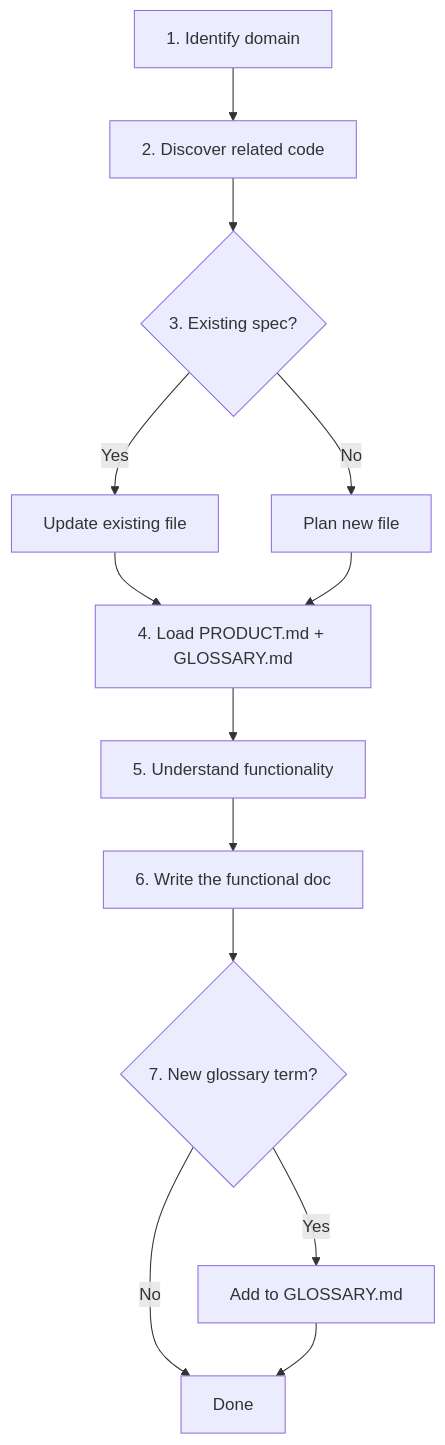
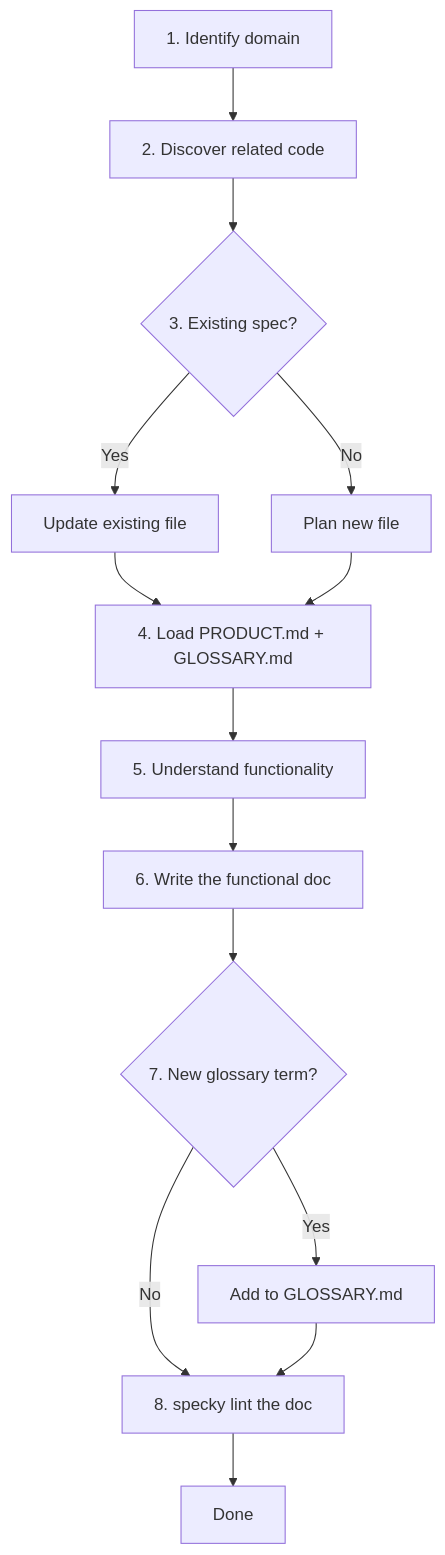
Before and after one commit to danyyacoub/specky: the diagram in specs/documentation/domain-documentation-workflow.md, drawn with Mermaid. The commit also changed other lines of this file and 27 other files, not shown here.

````diff
--- a/specs/documentation/domain-documentation-workflow.md
+++ b/specs/documentation/domain-documentation-workflow.md
@@ -21,15 +25,16 @@
 ```mermaid
 flowchart TD
     A[1. Identify domain] --> B[2. Discover related code]
     B --> C{3. Existing spec?}
     C -->|Yes| D[Update existing file]
     C -->|No| E[Plan new file]
     D --> F[4. Load PRODUCT.md + GLOSSARY.md]
     E --> F
     F --> G[5. Understand functionality]
     G --> H[6. Write the functional doc]
     H --> I{7. New glossary term?}
     I -->|Yes| J[Add to GLOSSARY.md]
-    I -->|No| K[Done]
-    J --> K
+    I -->|No| L[8. specky lint the doc]
+    J --> L
+    L --> K[Done]
 ```
````
